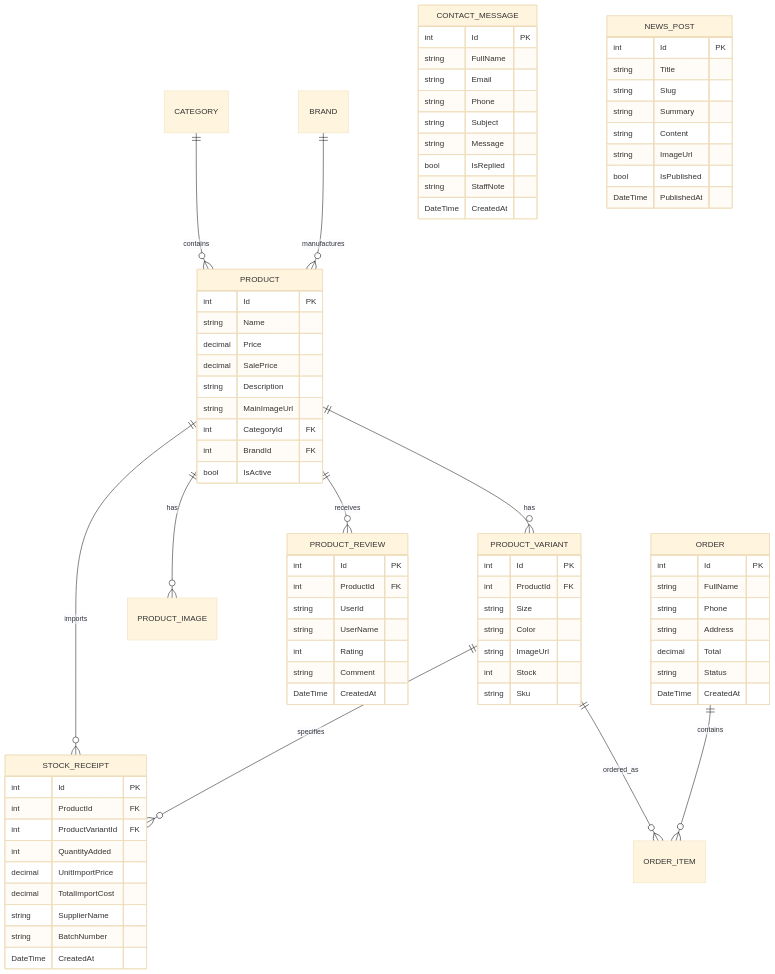
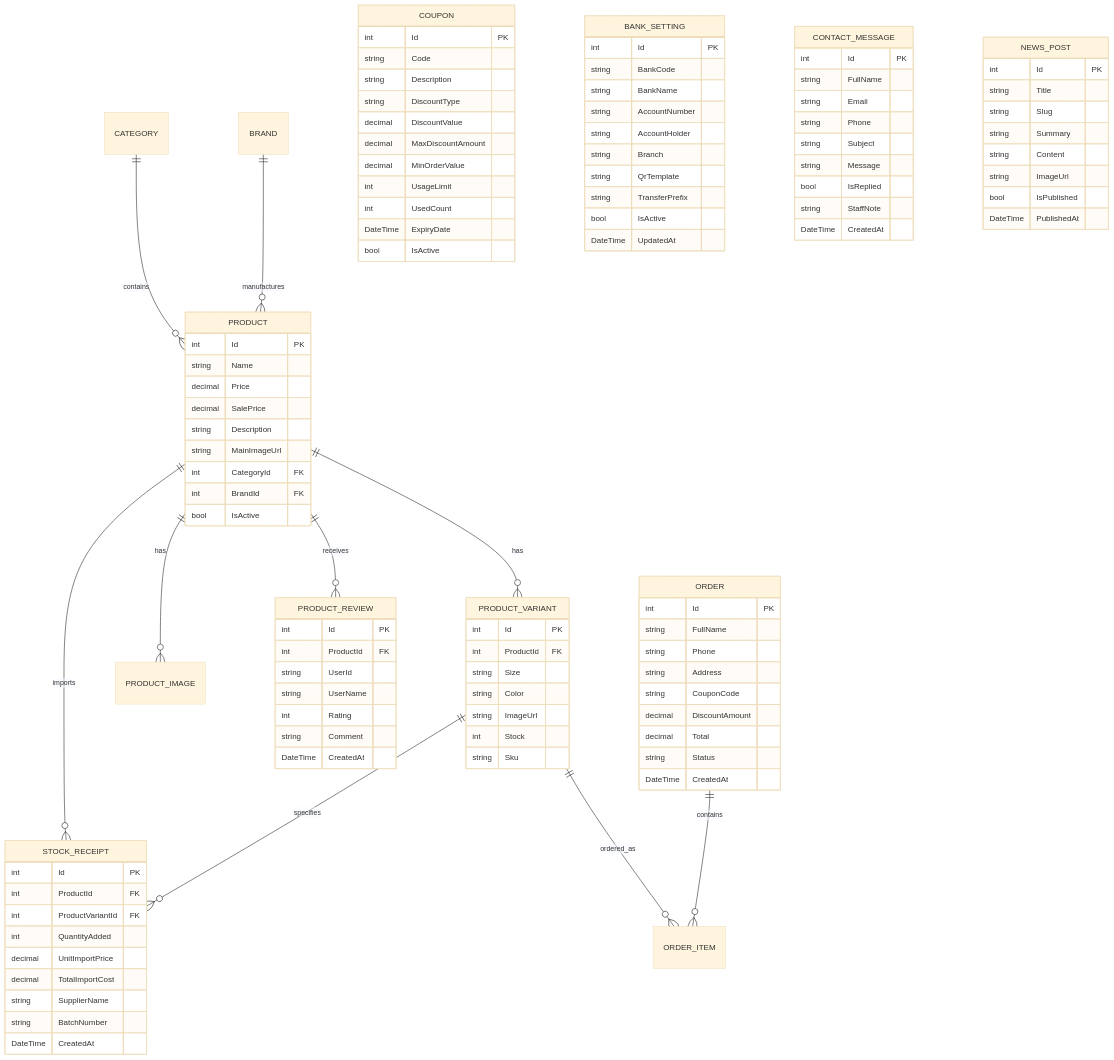
Before and after one commit to mtd2k4/Website_TieuDaoBadminton: the diagram in README.md, drawn with Mermaid (base theme). The commit also changed other lines of this file and 17 other files, not shown here.

```diff
--- a/README.md
+++ b/README.md
@@ -230,9 +256,38 @@
         string FullName
         string Phone
         string Address
+        string CouponCode
+        decimal DiscountAmount
         decimal Total
         string Status
         DateTime CreatedAt
+    }
+
+    COUPON {
+        int Id PK
+        string Code
+        string Description
+        string DiscountType
+        decimal DiscountValue
+        decimal MaxDiscountAmount
+        decimal MinOrderValue
+        int UsageLimit
+        int UsedCount
+        DateTime ExpiryDate
+        bool IsActive
+    }
+
+    BANK_SETTING {
+        int Id PK
+        string BankCode
+        string BankName
+        string AccountNumber
+        string AccountHolder
+        string Branch
+        string QrTemplate
+        string TransferPrefix
+        bool IsActive
+        DateTime UpdatedAt
     }
 
     CONTACT_MESSAGE {
```
